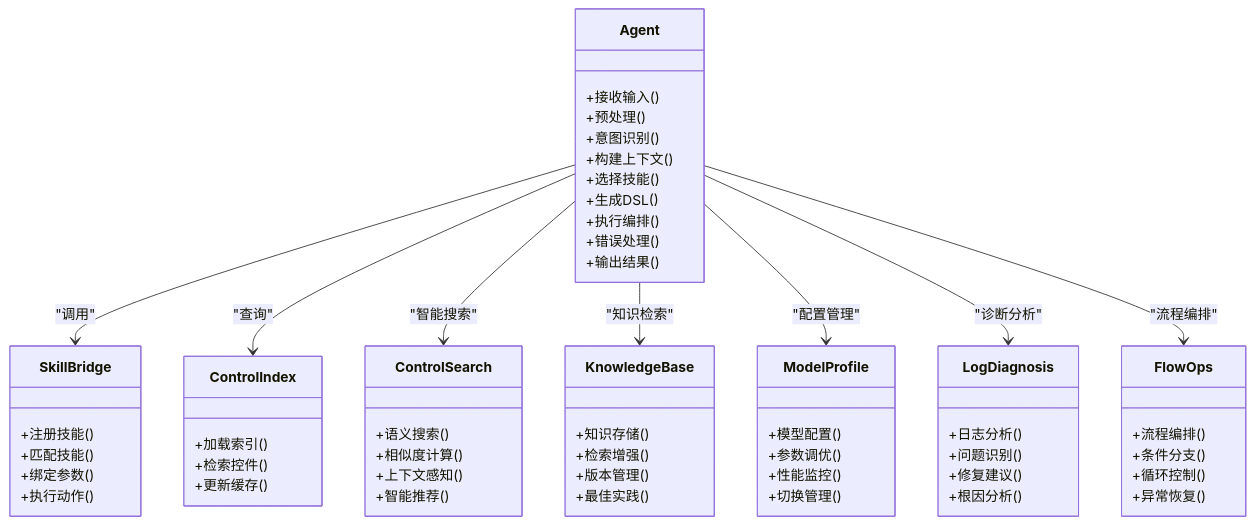
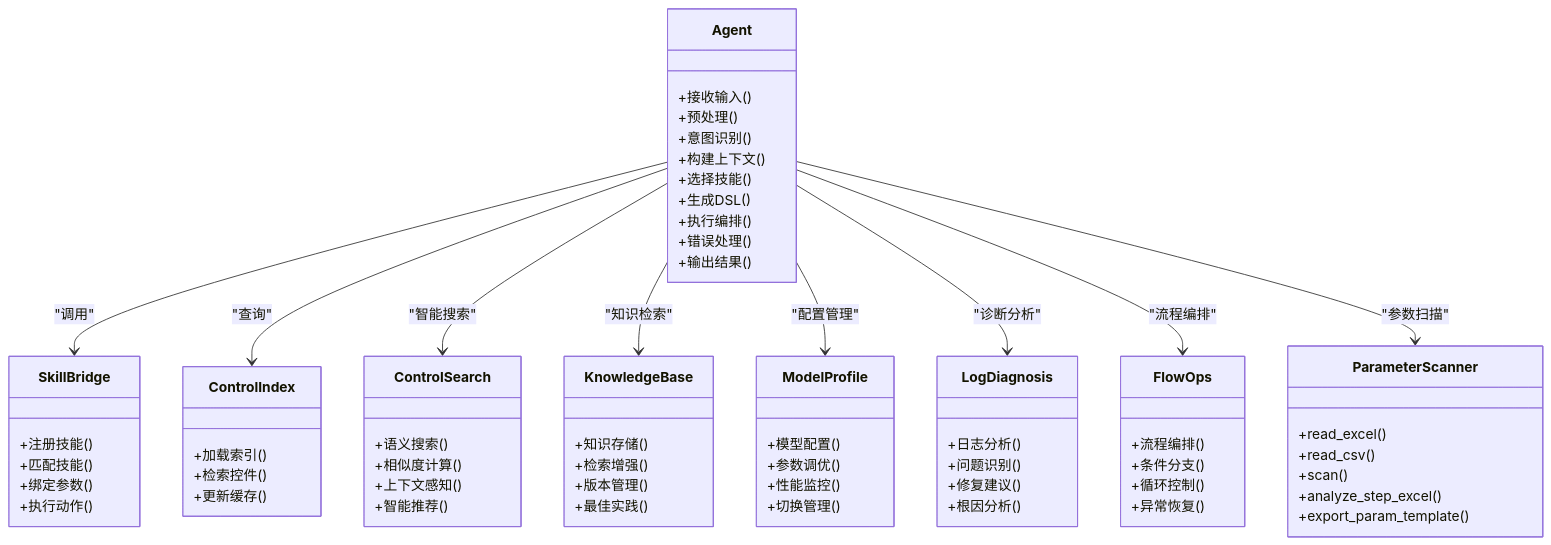
Before and after one commit to hanago33/WT_Automation: the third of 8 diagrams in .qoder/repowiki/zh/content/AI辅助系统/AI辅助系统.md, drawn with Mermaid. The commit also changed other lines of this file and 247 other files, not shown here.

````diff
--- a/.qoder/repowiki/zh/content/AI辅助系统/AI辅助系统.md
+++ b/.qoder/repowiki/zh/content/AI辅助系统/AI辅助系统.md
@@ -249,62 +238,70 @@
 ```mermaid
 classDiagram
 class Agent {
 +接收输入()
 +预处理()
 +意图识别()
 +构建上下文()
 +选择技能()
 +生成DSL()
 +执行编排()
 +错误处理()
 +输出结果()
 }
 class SkillBridge {
 +注册技能()
 +匹配技能()
 +绑定参数()
 +执行动作()
 }
 class ControlIndex {
 +加载索引()
 +检索控件()
 +更新缓存()
 }
 class ControlSearch {
 +语义搜索()
 +相似度计算()
 +上下文感知()
 +智能推荐()
 }
 class KnowledgeBase {
 +知识存储()
 +检索增强()
 +版本管理()
 +最佳实践()
 }
 class ModelProfile {
 +模型配置()
 +参数调优()
 +性能监控()
 +切换管理()
 }
 class LogDiagnosis {
 +日志分析()
 +问题识别()
 +修复建议()
 +根因分析()
 }
 class FlowOps {
 +流程编排()
 +条件分支()
 +循环控制()
 +异常恢复()
 }
+class ParameterScanner {
++read_excel()
++read_csv()
++scan()
++analyze_step_excel()
++export_param_template()
+}
 Agent --> SkillBridge : "调用"
 Agent --> ControlIndex : "查询"
 Agent --> ControlSearch : "智能搜索"
 Agent --> KnowledgeBase : "知识检索"
 Agent --> ModelProfile : "配置管理"
 Agent --> LogDiagnosis : "诊断分析"
 Agent --> FlowOps : "流程编排"
+Agent --> ParameterScanner : "参数扫描"
 ```
````
